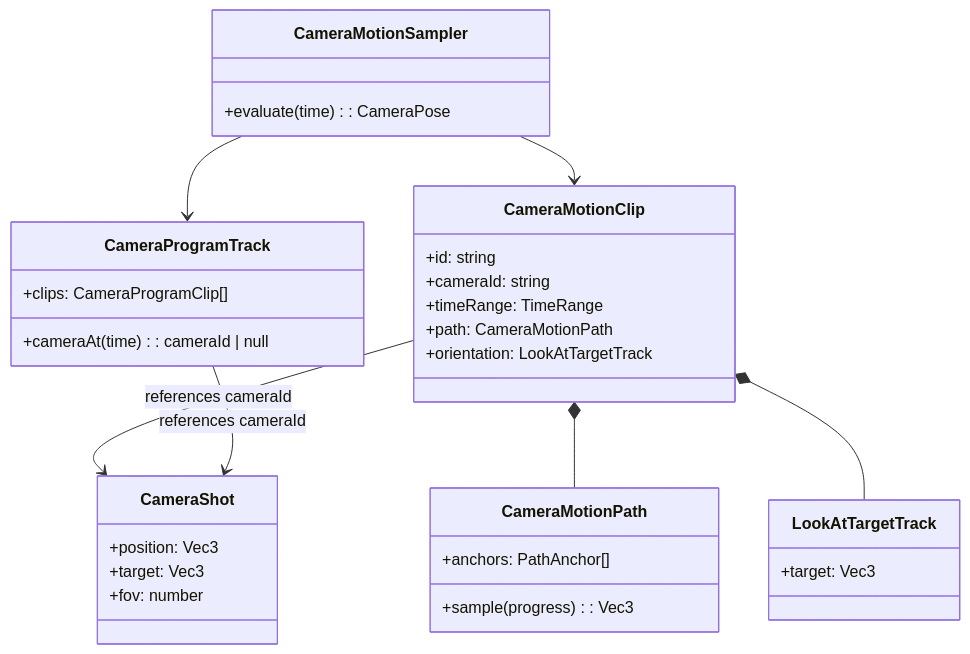
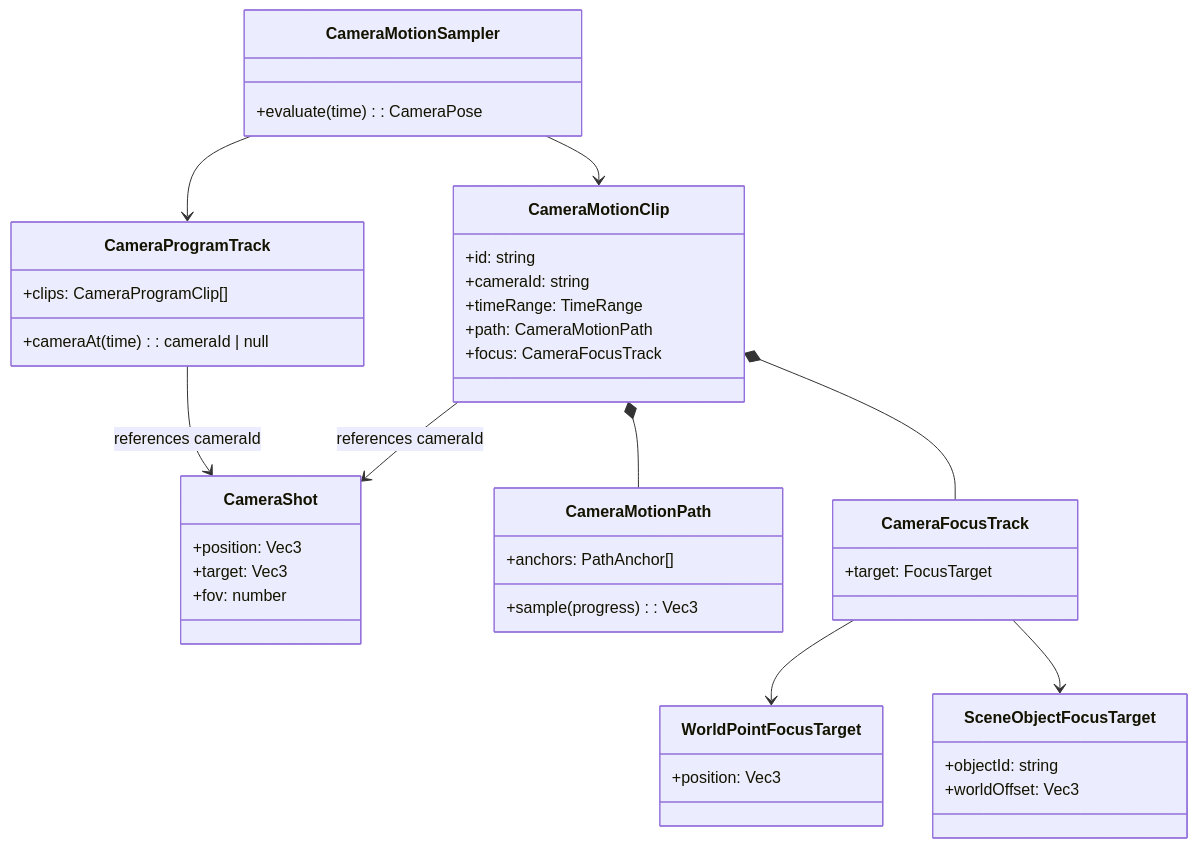
Before and after one commit to amwyygyuge/3d-director-desk: the third of 3 diagrams in docs/phase2-design.md, drawn with Mermaid. The commit also changed other lines of this file and 17 other files, not shown here.

Commit message:
feat: bind camera focus to scene objects

````diff
--- a/docs/phase2-design.md
+++ b/docs/phase2-design.md
@@ -62,35 +62,44 @@
 ```mermaid
 classDiagram
     class CameraShot {
         +position: Vec3
         +target: Vec3
         +fov: number
     }
     class CameraMotionClip {
         +id: string
         +cameraId: string
         +timeRange: TimeRange
         +path: CameraMotionPath
-        +orientation: LookAtTargetTrack
+        +focus: CameraFocusTrack
     }
     class CameraMotionPath {
         +anchors: PathAnchor[]
         +sample(progress): Vec3
     }
-    class LookAtTargetTrack {
-        +target: Vec3
+    class CameraFocusTrack {
+        +target: FocusTarget
+    }
+    class WorldPointFocusTarget {
+        +position: Vec3
+    }
+    class SceneObjectFocusTarget {
+        +objectId: string
+        +worldOffset: Vec3
     }
     class CameraProgramTrack {
         +clips: CameraProgramClip[]
         +cameraAt(time): cameraId | null
     }
     class CameraMotionSampler {
         +evaluate(time): CameraPose
     }
     CameraMotionClip --> CameraShot : references cameraId
     CameraMotionClip *-- CameraMotionPath
-    CameraMotionClip *-- LookAtTargetTrack
+    CameraMotionClip *-- CameraFocusTrack
+    CameraFocusTrack --> WorldPointFocusTarget
+    CameraFocusTrack --> SceneObjectFocusTarget
     CameraProgramTrack --> CameraShot : references cameraId
     CameraMotionSampler --> CameraMotionClip
     CameraMotionSampler --> CameraProgramTrack
 ```
````
